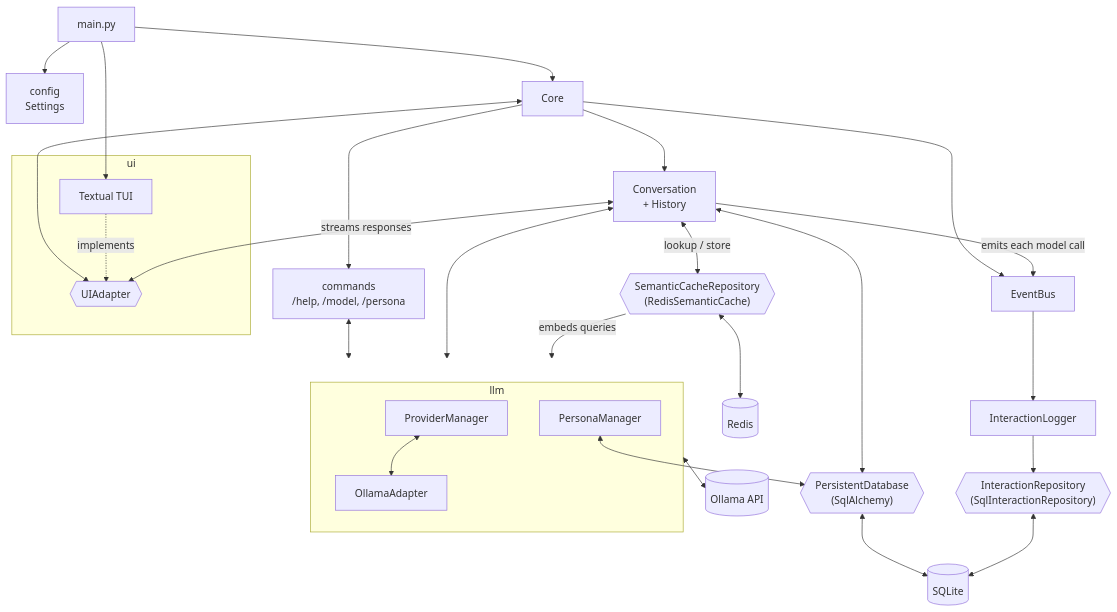
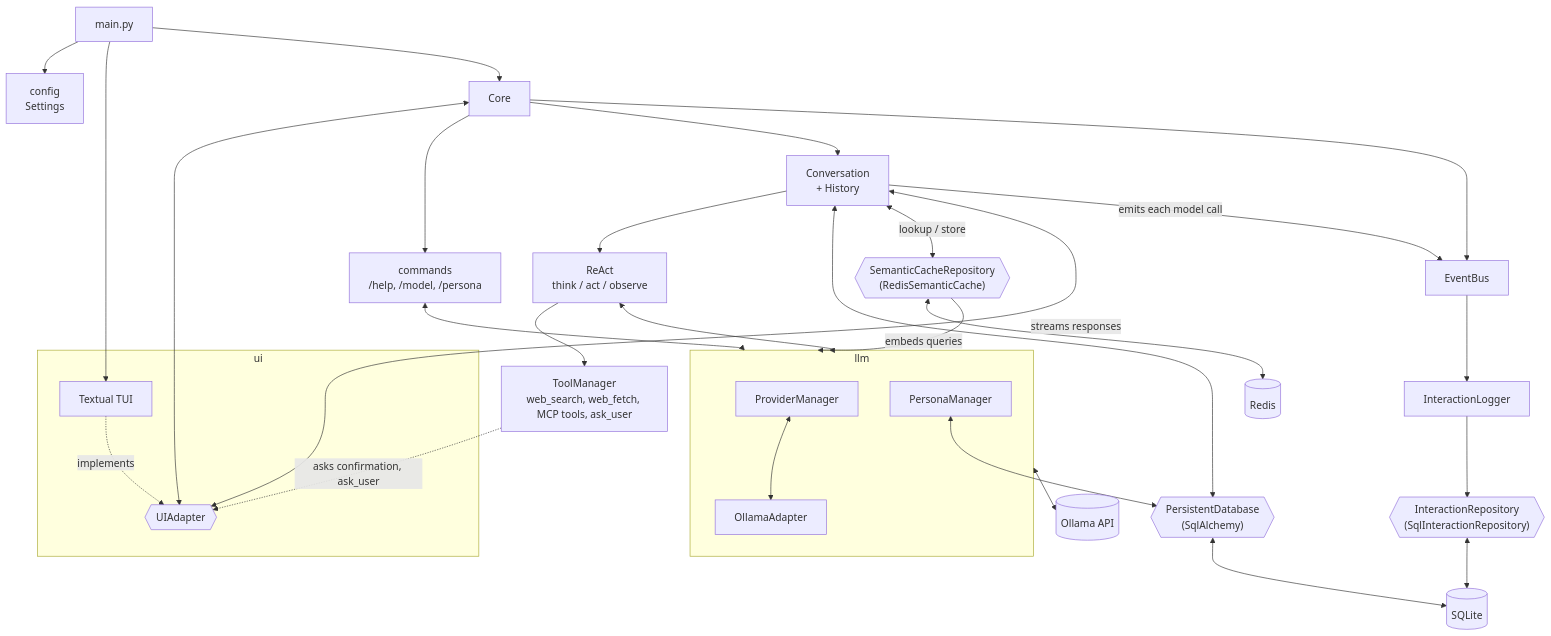
The diagram in docs/architecture/current_architecture.md (EstebanPeroz/Sensai), drawn with Mermaid before and after one commit. The commit also changed other lines of this file and 25 other files, not shown here.

````diff
--- a/docs/architecture/current_architecture.md
+++ b/docs/architecture/current_architecture.md
@@ -5,60 +3,65 @@
 ```mermaid
 flowchart TB
     MAIN["main.py"]
     CONFIG["config<br/>Settings"]
     CORE["Core"]
 
     subgraph UI["ui"]
         UIA{{"UIAdapter"}}
         TUI["Textual TUI"]
     end
 
     CMDS["commands<br/>/help, /model, /persona"]
     CONV["Conversation<br/>+ History"]
+    REACT["ReAct<br/>think / act / observe"]
+    TOOLS["ToolManager<br/>web_search, web_fetch, MCP tools, ask_user"]
 
     subgraph LLM["llm"]
         PM["ProviderManager"]
         OLLAMA["OllamaAdapter"]
         PERSONA["PersonaManager"]
     end
 
     DB{{"PersistentDatabase<br/>(SqlAlchemy)"}}
     CACHE{{"SemanticCacheRepository<br/>(RedisSemanticCache)"}}
     BUS["EventBus"]
     LOGGER["InteractionLogger"]
     INTERACTIONS{{"InteractionRepository<br/>(SqlInteractionRepository)"}}
 
     OLLAMAAPI[("Ollama API")]
     SQLITE[("SQLite")]
     REDIS[("Redis")]
 
     MAIN --> CONFIG
     MAIN --> TUI
     MAIN --> CORE
 
     CORE <--> UIA
     CORE --> CMDS
     CORE --> CONV
 
     TUI -.->|implements| UIA
 
     CMDS <--> LLM
 
-    CONV <--> LLM
+    CONV --> REACT
+    REACT <--> LLM
+    REACT --> TOOLS
+    TOOLS -.->|asks confirmation, ask_user| UIA
     CONV <--> DB
     CONV <-->|lookup / store| CACHE
     CONV <-->|streams responses| UIA
 
     PM <--> OLLAMA
     LLM <--> OLLAMAAPI
     PERSONA <--> DB
     DB <--> SQLITE
     CACHE <--> REDIS
     CACHE -->|embeds queries| LLM
 
     CORE --> BUS
     CONV -->|emits each model call| BUS
     BUS --> LOGGER
     LOGGER --> INTERACTIONS
     INTERACTIONS <--> SQLITE
 ```
````
